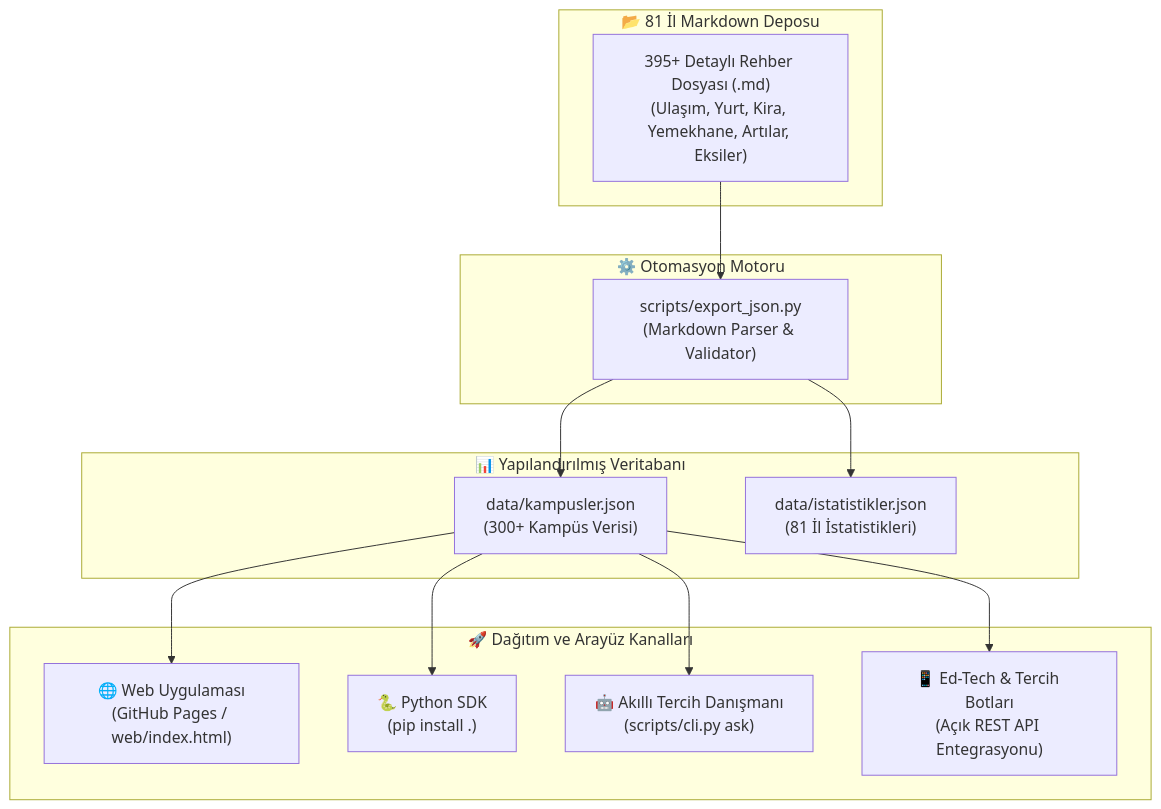
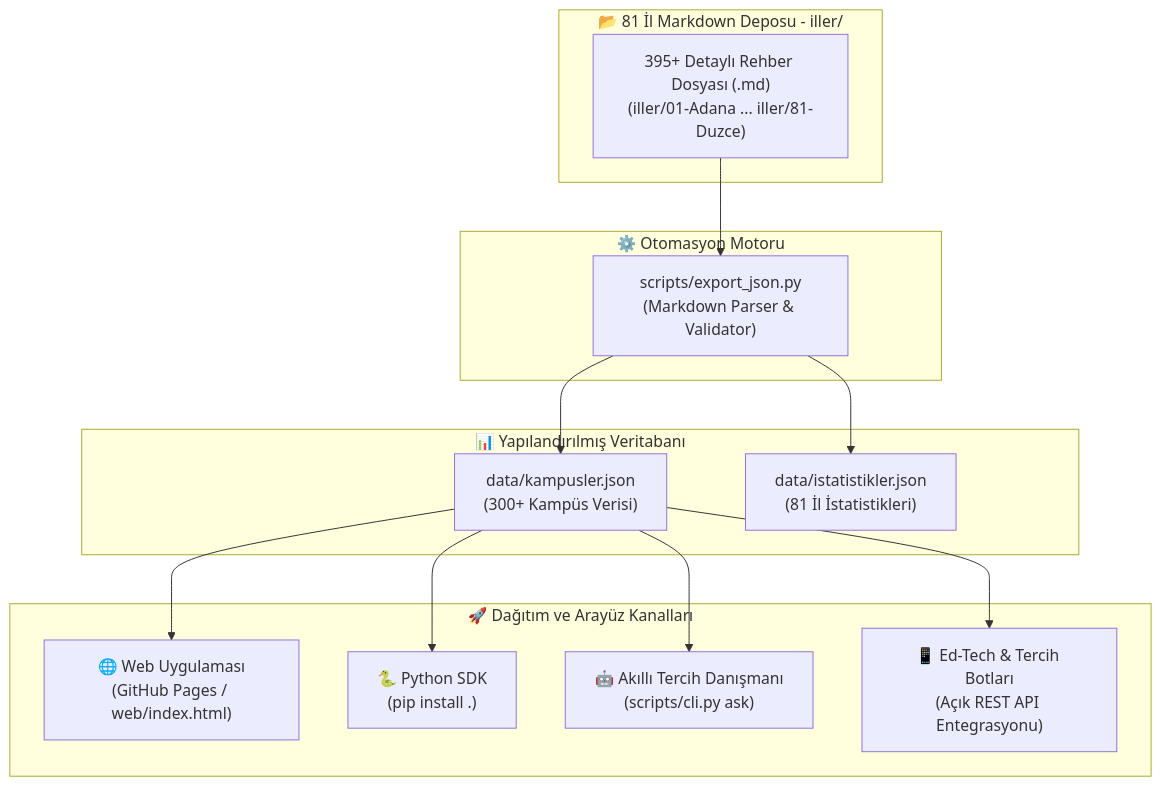
Before and after one commit to bahattinyunus/turkiye-kampus-rehberi: the first of 2 diagrams in README.md, drawn with Mermaid. The commit also changed other lines of this file and 395 other files, not shown here.

````diff
--- a/README.md
+++ b/README.md
@@ -57,26 +57,26 @@
 ```mermaid
 flowchart TD
-    subgraph Kaynak [📂 81 İl Markdown Deposu]
-        A["395+ Detaylı Rehber Dosyası (.md)<br/>(Ulaşım, Yurt, Kira, Yemekhane, Artılar, Eksiler)"]
+    subgraph Kaynak [📂 81 İl Markdown Deposu - iller/]
+        A["395+ Detaylı Rehber Dosyası (.md)<br/>(iller/01-Adana ... iller/81-Duzce)"]
     end
 
     subgraph Donusturucu [⚙️ Otomasyon Motoru]
         B["scripts/export_json.py<br/>(Markdown Parser & Validator)"]
     end
 
     subgraph Veritabani [📊 Yapılandırılmış Veritabanı]
         C["data/kampusler.json<br/>(300+ Kampüs Verisi)"]
         D["data/istatistikler.json<br/>(81 İl İstatistikleri)"]
     end
 
     subgraph Arayuzler [🚀 Dağıtım ve Arayüz Kanalları]
         E["🌐 Web Uygulaması<br/>(GitHub Pages / web/index.html)"]
         F["🐍 Python SDK<br/>(pip install .)"]
         G["🤖 Akıllı Tercih Danışmanı<br/>(scripts/cli.py ask)"]
         H["📱 Ed-Tech & Tercih Botları<br/>(Açık REST API Entegrasyonu)"]
     end
 
     A --> B
     B --> C & D
     C --> E & F & G & H
 ```
````
